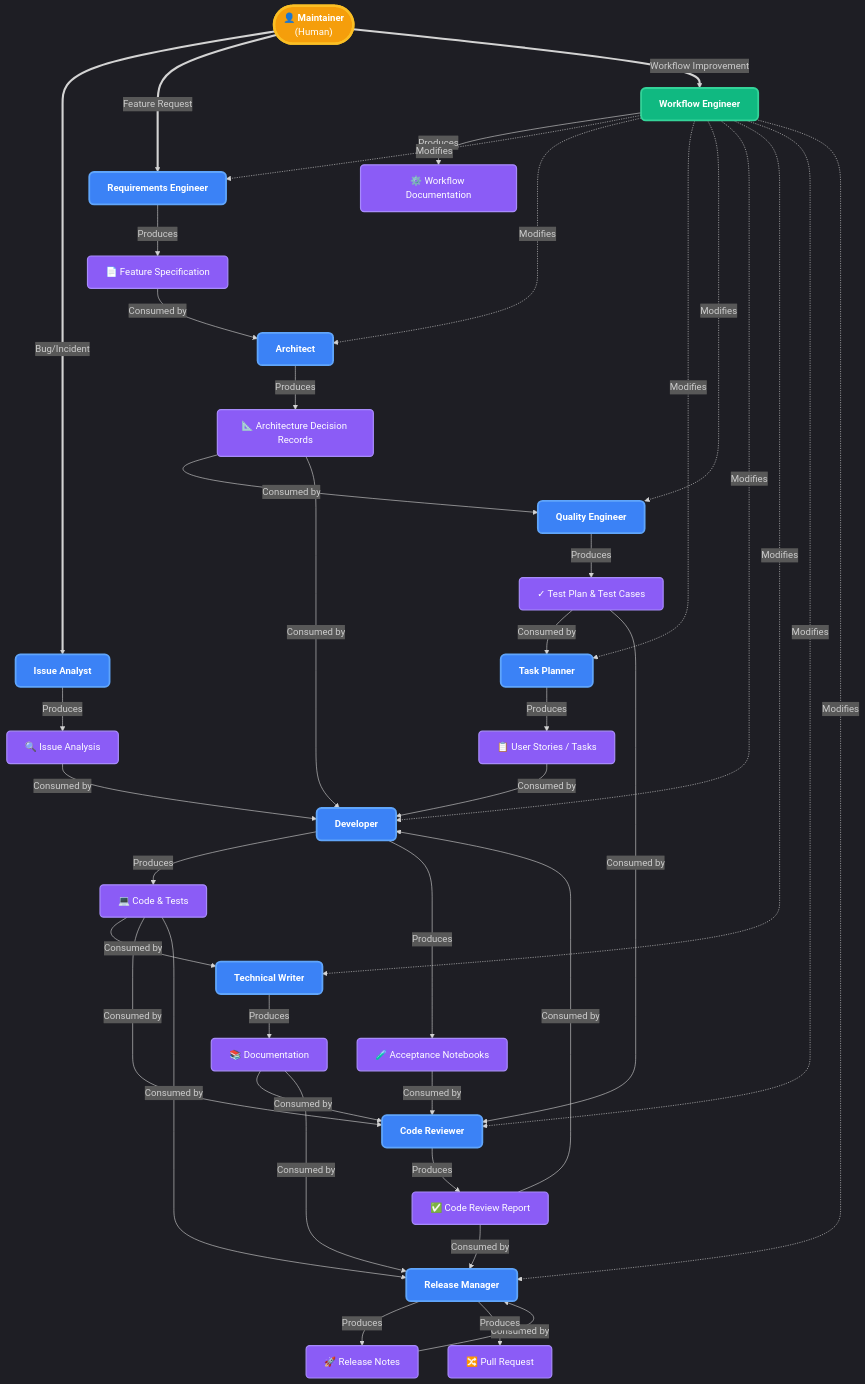
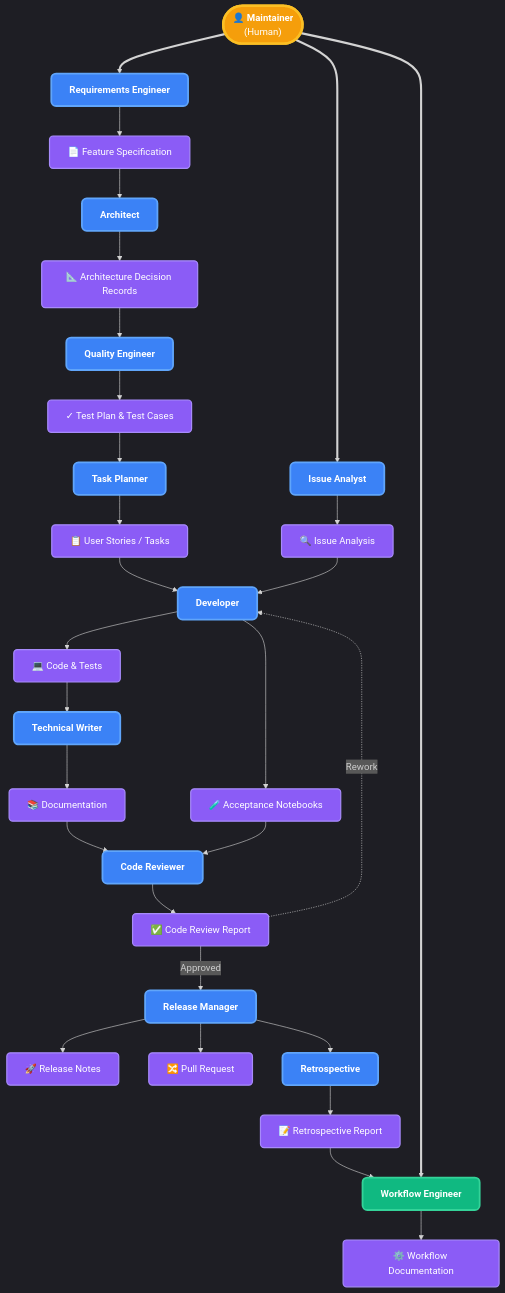
One commit to oocx/tfplan2md changed the diagram in docs/agents.md. Above: the diagram before and after it, drawn with Mermaid. The commit also changed other lines of this file and 3 other files, not shown here.

Commit message:
feat: add retrospective agent and update workflow documentation

````diff
--- a/docs/agents.md
+++ b/docs/agents.md
@@ -29,81 +29,100 @@
 	classDef metaagent fill:#10b981,stroke:#34d399,stroke-width:3px,color:#ffffff,rx:8,ry:8;
 	classDef human fill:#f59e0b,stroke:#fbbf24,stroke-width:4px,color:#ffffff,rx:10,ry:10;
 
-	%% Human starting point (stadium shape for actor-like appearance)
+	%% Nodes
 	HUMAN(["👤 <b>Maintainer</b><br/>(Human)"])
 
-	%% Agents and artifacts in vertical order
+	%% Row 1: Entry Agents
+	RE["<b>Requirements Engineer</b>"]
 	IA_AGENT["<b>Issue Analyst</b>"]
+	WE["<b>Workflow Engineer</b>"]
+
+	%% Row 2: Artifacts from Entry
+	FS["📄 Feature Specification"]
 	IA["🔍 Issue Analysis"]
-	RE["<b>Requirements Engineer</b>"]
-	FS["📄 Feature Specification"]
+	WD["⚙️ Workflow Documentation"]
+
+	%% Row 3: Planning Agents
 	AR["<b>Architect</b>"]
+	
+	%% Row 4: Planning Artifacts
 	ADR["📐 Architecture Decision Records"]
+
+	%% Row 5: Quality & Tasks
+	QE["<b>Quality Engineer</b>"]
+	
+	%% Row 6: Test Plan
+	TP["✓ Test Plan & Test Cases"]
+
+	%% Row 7: Task Planner
 	TP_AGENT["<b>Task Planner</b>"]
+
+	%% Row 8: User Stories
 	US["📋 User Stories / Tasks"]
-	QE["<b>Quality Engineer</b>"]
-	TP["✓ Test Plan & Test Cases"]
+
+	%% Row 9: Developer
 	DEV["<b>Developer</b>"]
+
+	%% Row 10: Code & Notebooks
 	CODE["💻 Code & Tests"]
 	AN["🧪 Acceptance Notebooks"]
+
+	%% Row 11: Tech Writer
 	TW["<b>Technical Writer</b>"]
+
+	%% Row 12: Docs
 	DOCS["📚 Documentation"]
+
+	%% Row 13: Code Reviewer
 	CR["<b>Code Reviewer</b>"]
+
+	%% Row 14: Review Report
 	CRR["✅ Code Review Report"]
+
+	%% Row 15: Release Manager
 	RM["<b>Release Manager</b>"]
+
+	%% Row 16: Release Artifacts
 	REL["🚀 Release Notes"]
 	PR["🔀 Pull Request"]
 
-	%% Meta-agent (operates on the workflow itself)
-	WE["<b>Workflow Engineer</b>"]
-	WD["⚙️ Workflow Documentation"]
+	%% Row 17: Retrospective
+	RETRO_AGENT["<b>Retrospective</b>"]
 
-	%% Main vertical workflow with styled links
-	HUMAN == "Bug/Incident" ==> IA_AGENT
-	HUMAN == "Feature Request" ==> RE
-	HUMAN == "Workflow Improvement" ==> WE
-	IA_AGENT -- "Produces" --> IA
-	IA -- "Consumed by" --> DEV
-	RE -- "Produces" --> FS
-	FS -- "Consumed by" --> AR
-	AR -- "Produces" --> ADR
-	ADR -- "Consumed by" --> QE
-	QE -- "Produces" --> TP
-	TP -- "Consumed by" --> TP_AGENT
-	TP_AGENT -- "Produces" --> US
-	US -- "Consumed by" --> DEV
-	DEV -- "Produces" --> CODE
-	DEV -- "Produces" --> AN
-	CODE -- "Consumed by" --> TW
-	AN -- "Consumed by" --> CR
-	TW -- "Produces" --> DOCS
-	DOCS -- "Consumed by" --> CR
-	CR -- "Produces" --> CRR
-    CRR -- "Consumed by" --> DEV
-	CRR -- "Consumed by" --> RM
-	CODE -- "Consumed by" --> CR
-	TP -- "Consumed by" --> CR
-	ADR -- "Consumed by" --> DEV
-	CODE -- "Consumed by" --> RM
-	DOCS -- "Consumed by" --> RM
-	REL -- "Consumed by" --> RM
-	RM -- "Produces" --> REL
-	RM -- "Produces" --> PR
+	%% Row 18: Retro Report
+	RETRO["📝 Retrospective Report"]
 
-	%% Workflow Engineer operates on workflow artifacts
-	WE -- "Produces" --> WD
-	WE -. "Modifies" .-> RE
-	WE -. "Modifies" .-> AR
-	WE -. "Modifies" .-> TP_AGENT
-	WE -. "Modifies" .-> QE
-	WE -. "Modifies" .-> DEV
-	WE -. "Modifies" .-> TW
-	WE -. "Modifies" .-> CR
-	WE -. "Modifies" .-> RM
+	%% Connections - Main Flow
+	HUMAN ==> RE
+	HUMAN ==> IA_AGENT
+	HUMAN ==> WE
 
-	%% Apply styles
+	RE --> FS --> AR
+	IA_AGENT --> IA --> DEV
+	WE --> WD
+
+	AR --> ADR --> QE
+	QE --> TP --> TP_AGENT
+	TP_AGENT --> US --> DEV
+
+	DEV --> CODE --> TW
+	DEV --> AN --> CR
+
+	TW --> DOCS --> CR
+
+	CR --> CRR
+	CRR -. "Rework" .-> DEV
+	CRR -- "Approved" --> RM
+
+	RM --> REL
+	RM --> PR
+	RM --> RETRO_AGENT
+
+	RETRO_AGENT --> RETRO --> WE
+
+	%% Styling
 	class HUMAN human;
-	class IA_AGENT,RE,AR,TP_AGENT,QE,DEV,TW,CR,RM agent;
+	class IA_AGENT,RE,AR,TP_AGENT,QE,DEV,TW,CR,RM,RETRO_AGENT agent;
 	class WE metaagent;
-	class IA,FS,US,ADR,TP,CODE,DOCS,CRR,REL,PR,WD,AN artifact;
+	class IA,FS,US,ADR,TP,CODE,DOCS,CRR,REL,PR,WD,AN,RETRO artifact;
 ```
````
